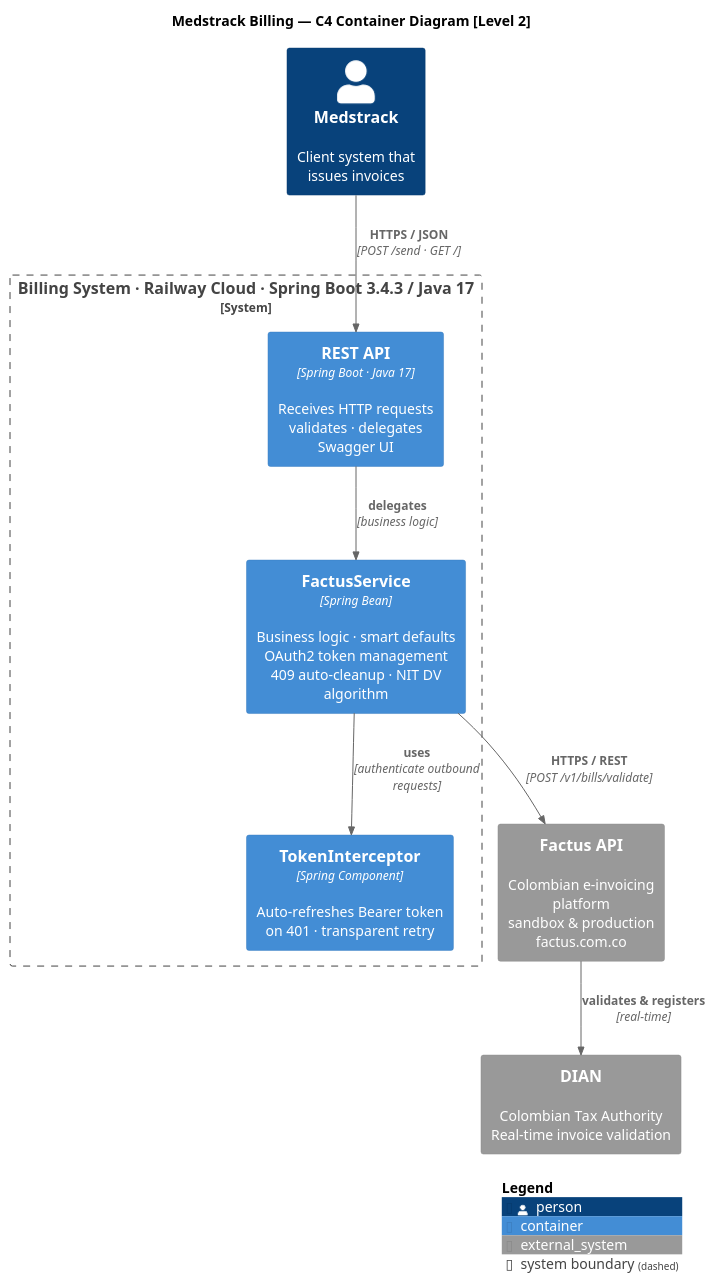
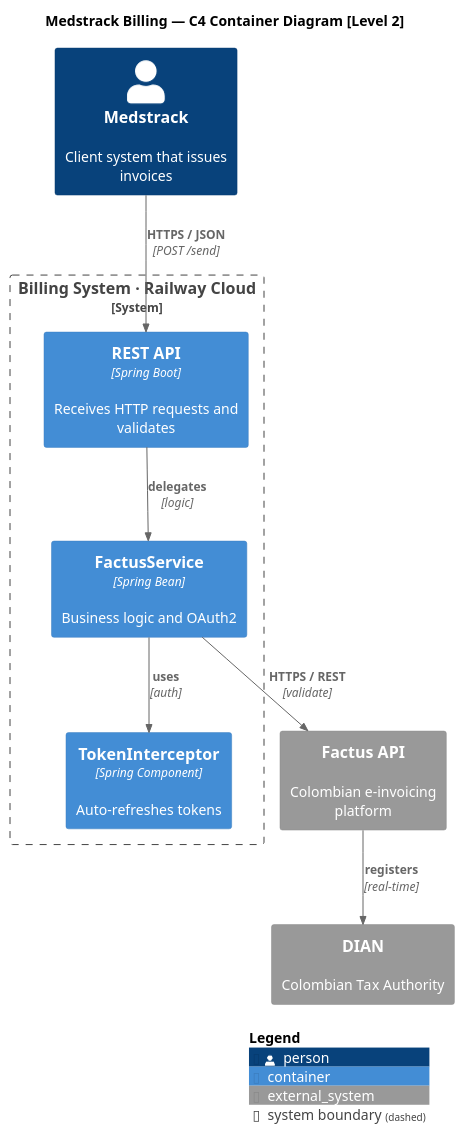
One commit to felipesulez/Medstrack-factus changed the diagram in docs/diagrams/c4-container.puml. Above: the diagram before and after it, drawn with PlantUML.

Commit message:
fix: final workflow and diagram syntax

```diff
--- a/docs/diagrams/c4-container.puml
+++ b/docs/diagrams/c4-container.puml
@@ -1,26 +1,26 @@
 @startuml c4-container
 !include https://raw.githubusercontent.com/plantuml-stdlib/C4-PlantUML/master/C4_Container.puml
 
 LAYOUT_WITH_LEGEND()
 
 title Medstrack Billing — C4 Container Diagram [Level 2]
 
-Person(client, "Medstrack", "Client system that\nissues invoices")
+Person(client, "Medstrack", "Client system that issues invoices")
 
-System_Boundary(system, "Billing System · Railway Cloud · Spring Boot 3.4.3 / Java 17") {
-    Container(api, "REST API", "Spring Boot · Java 17", "Receives HTTP requests\nvalidates · delegates\nSwagger UI")
-    Container(service, "FactusService", "Spring Bean", "Business logic · smart defaults\nOAuth2 token management\n409 auto-cleanup · NIT DV algorithm")
-    Container(interceptor, "TokenInterceptor", "Spring Component", "Auto-refreshes Bearer token\non 401 · transparent retry")
+System_Boundary(system, "Billing System · Railway Cloud") {
+    Container(api, "REST API", "Spring Boot", "Receives HTTP requests and validates")
+    Container(service, "FactusService", "Spring Bean", "Business logic and OAuth2")
+    Container(interceptor, "TokenInterceptor", "Spring Component", "Auto-refreshes tokens")
 }
 
-System_Ext(factus, "Factus API", "Colombian e-invoicing platform\nsandbox & production\nfactus.com.co")
-System_Ext(dian, "DIAN", "Colombian Tax Authority\nReal-time invoice validation")
+System_Ext(factus, "Factus API", "Colombian e-invoicing platform")
+System_Ext(dian, "DIAN", "Colombian Tax Authority")
 
-Rel(client, api, "HTTPS / JSON", "POST /send · GET /")
-Rel(api, service, "delegates", "business logic")
-Rel(service, interceptor, "uses", "authenticate outbound requests")
-Rel(service, factus, "HTTPS / REST", "POST /v1/bills/validate")
-Rel(factus, dian, "validates & registers", "real-time")
+Rel(client, api, "HTTPS / JSON", "POST /send")
+Rel(api, service, "delegates", "logic")
+Rel(service, interceptor, "uses", "auth")
+Rel(service, factus, "HTTPS / REST", "validate")
+Rel(factus, dian, "registers", "real-time")
 
 SHOW_LEGEND()
 @enduml
```
